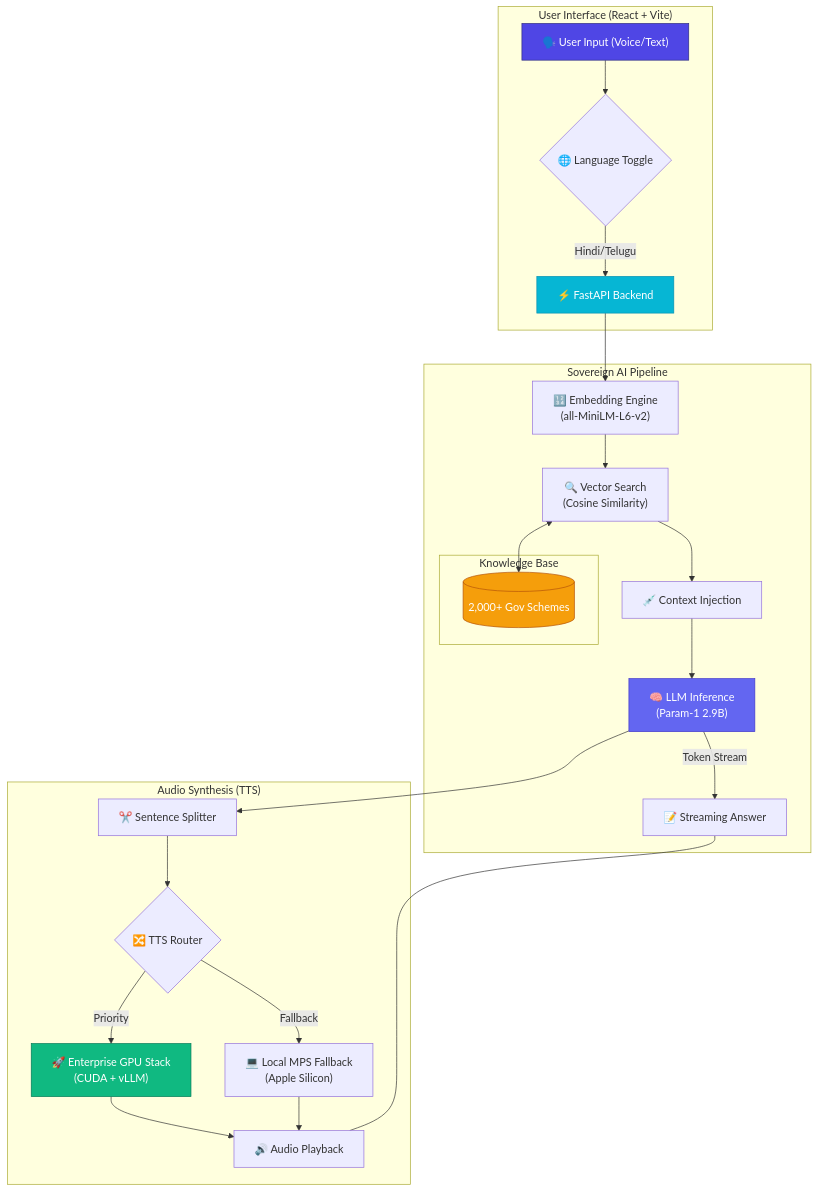
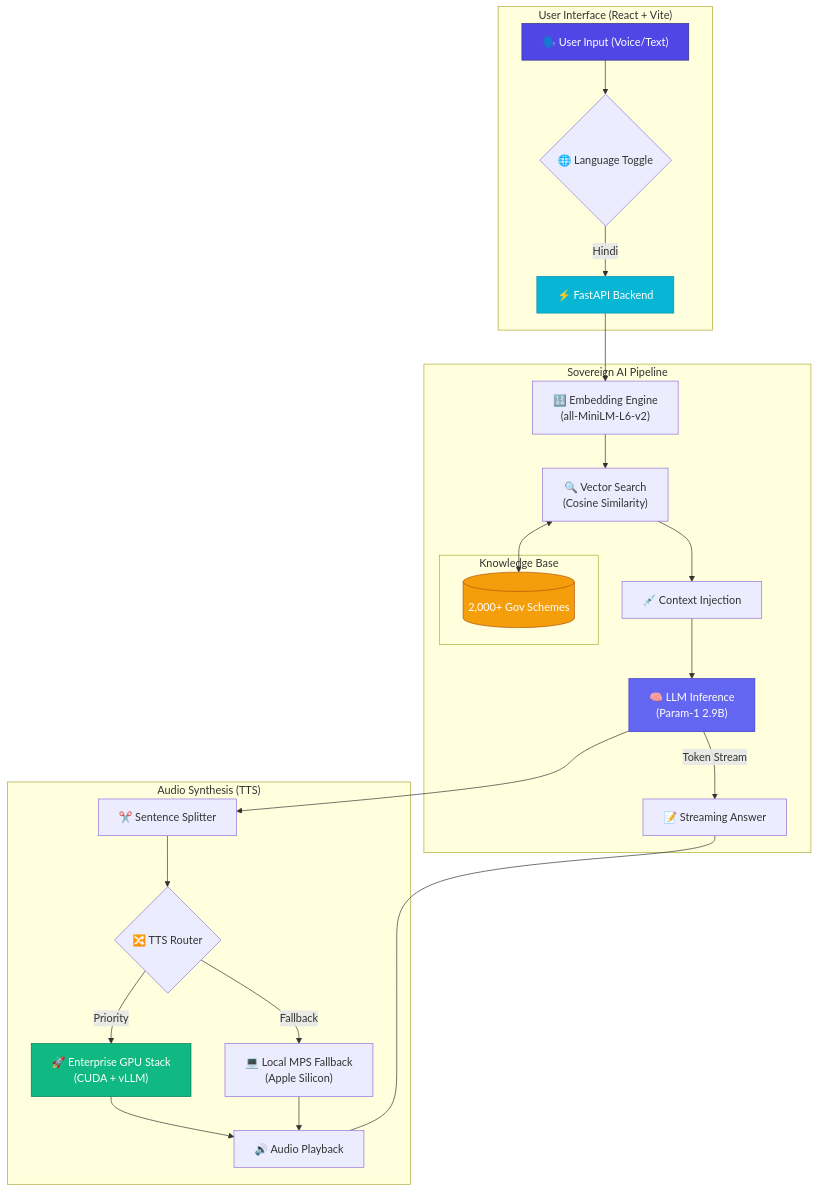
Before and after one commit to Saanvirajput/Dhwani: the diagram in README.md, drawn with Mermaid. The commit also changed other lines of this file and 9 other files, not shown here.

````diff
--- a/README.md
+++ b/README.md
@@ -71,42 +71,42 @@
 ```mermaid
 graph TD
     subgraph "User Interface (React + Vite)"
         UI_Input["🗣️ User Input (Voice/Text)"] --> Lang_Select{"🌐 Language Toggle"}
-        Lang_Select -->|Hindi/Telugu| API_Gateway["⚡ FastAPI Backend"]
+        Lang_Select -->|Hindi| API_Gateway["⚡ FastAPI Backend"]
     end
 
     subgraph "Sovereign AI Pipeline"
         API_Gateway --> Embed_Gen["🔢 Embedding Engine<br/>(all-MiniLM-L6-v2)"]
         Embed_Gen --> Vector_Search["🔍 Vector Search<br/>(Cosine Similarity)"]
         
         subgraph "Knowledge Base"
             DB[(2,000+ Gov Schemes)]
         end
         
         Vector_Search <--> DB
         Vector_Search --> Context_Inj["💉 Context Injection"]
         
         Context_Inj --> LLM_Inference["🧠 LLM Inference<br/>(Param-1 2.9B)"]
         
         LLM_Inference -->|Token Stream| UI_Display["📝 Streaming Answer"]
     end
 
     subgraph "Audio Synthesis (TTS)"
         LLM_Inference --> Sentence_Split["✂️ Sentence Splitter"]
         Sentence_Split --> TTS_Router{"🔀 TTS Router"}
         
         TTS_Router -->|Priority| EI_GPU["🚀 Enterprise GPU Stack<br/>(CUDA + vLLM)"]
         TTS_Router -->|Fallback| Local_MPS["💻 Local MPS Fallback<br/>(Apple Silicon)"]
         
         EI_GPU --> Audio_Stream["🔊 Audio Playback"]
         Local_MPS --> Audio_Stream
     end
 
     UI_Display --- Audio_Stream
     
     style UI_Input fill:#4f46e5,color:#fff,stroke:#312e81
     style API_Gateway fill:#06b6d4,color:#fff,stroke:#0891b2
     style LLM_Inference fill:#6366f1,color:#fff,stroke:#4338ca
     style DB fill:#f59e0b,color:#fff,stroke:#b45309
     style EI_GPU fill:#10b981,color:#fff,stroke:#047857
 ```
````
